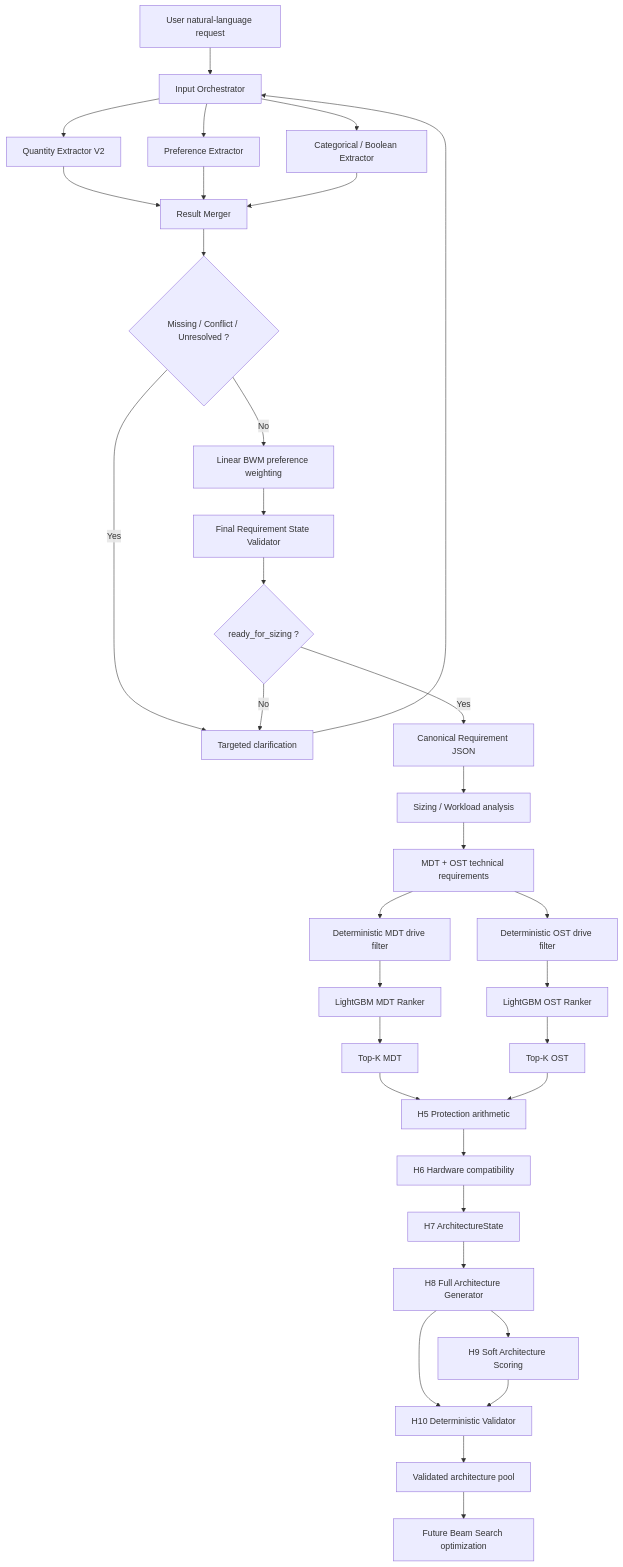
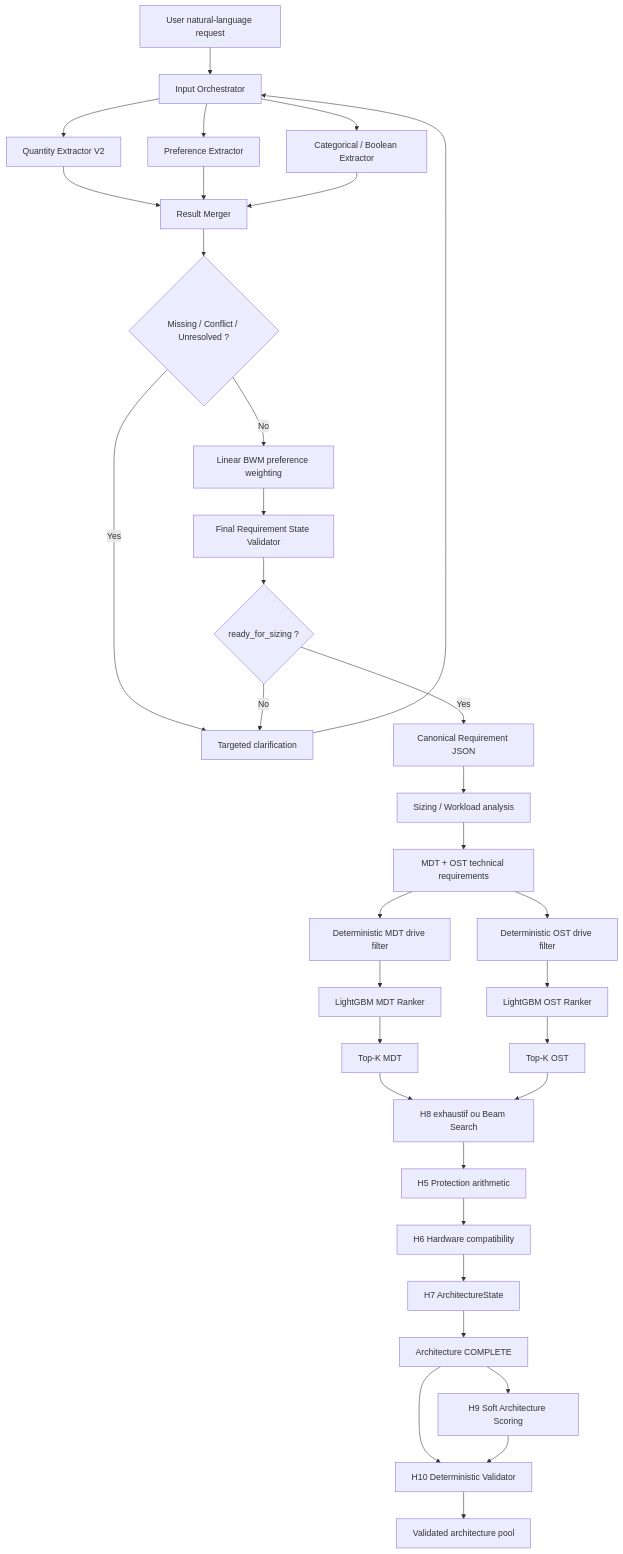
The diagram in README.md (Ahmed-Abdelhedi/EXPLAINABLE_LUSTRE_FILE_SYSTEM_RECOMMENDER), drawn with Mermaid before and after one commit. The commit also changed other lines of this file and 67 other files, not shown here.

````diff
--- a/README.md
+++ b/README.md
@@ -49,48 +56,48 @@
 ```mermaid
 flowchart TD
     A[User natural-language request] --> B[Input Orchestrator]
 
     B --> Q[Quantity Extractor V2]
     B --> P[Preference Extractor]
     B --> C[Categorical / Boolean Extractor]
 
     Q --> M[Result Merger]
     P --> M
     C --> M
 
     M --> K{Missing / Conflict / Unresolved ?}
     K -- Yes --> F[Targeted clarification]
     F --> B
 
     K -- No --> W[Linear BWM preference weighting]
     W --> V[Final Requirement State Validator]
 
     V --> R{ready_for_sizing ?}
     R -- No --> F
     R -- Yes --> J[Canonical Requirement JSON]
 
     J --> S[Sizing / Workload analysis]
     S --> T[MDT + OST technical requirements]
 
     T --> D1[Deterministic MDT drive filter]
     T --> D2[Deterministic OST drive filter]
 
     D1 --> L1[LightGBM MDT Ranker]
     D2 --> L2[LightGBM OST Ranker]
 
     L1 --> K1[Top-K MDT]
     L2 --> K2[Top-K OST]
 
-    K1 --> H5[H5 Protection arithmetic]
-    K2 --> H5
+    K1 --> SEARCH[H8 exhaustif ou Beam Search]
+    K2 --> SEARCH
+    SEARCH --> H5[H5 Protection arithmetic]
 
     H5 --> H6[H6 Hardware compatibility]
     H6 --> H7[H7 ArchitectureState]
-    H7 --> H8[H8 Full Architecture Generator]
-    H8 --> H9[H9 Soft Architecture Scoring]
-    H8 --> H10[H10 Deterministic Validator]
+    H7 --> COMPLETE[Architecture COMPLETE]
+    COMPLETE --> H9[H9 Soft Architecture Scoring]
+    COMPLETE --> H10[H10 Deterministic Validator]
     H9 --> H10
 
     H10 --> OUT[Validated architecture pool]
-    OUT --> BS[Future Beam Search optimization]
 ```
````
